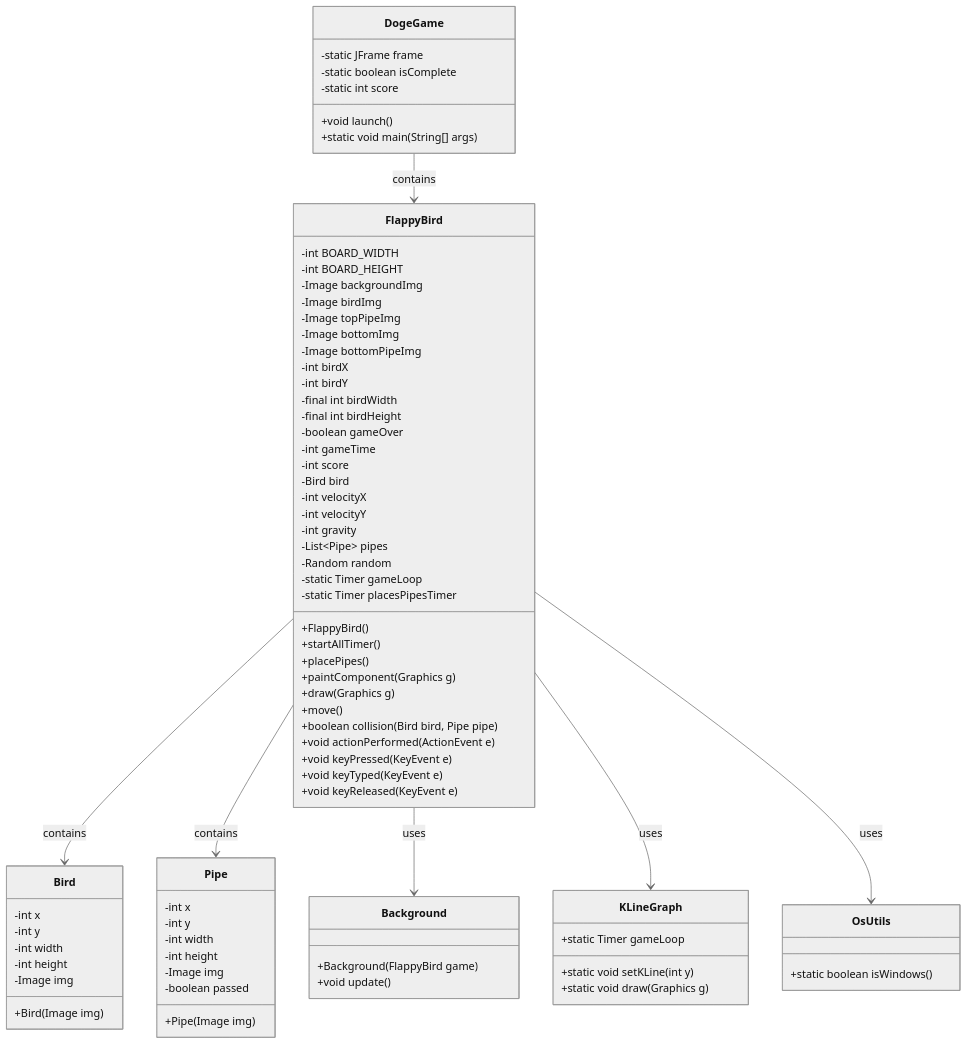
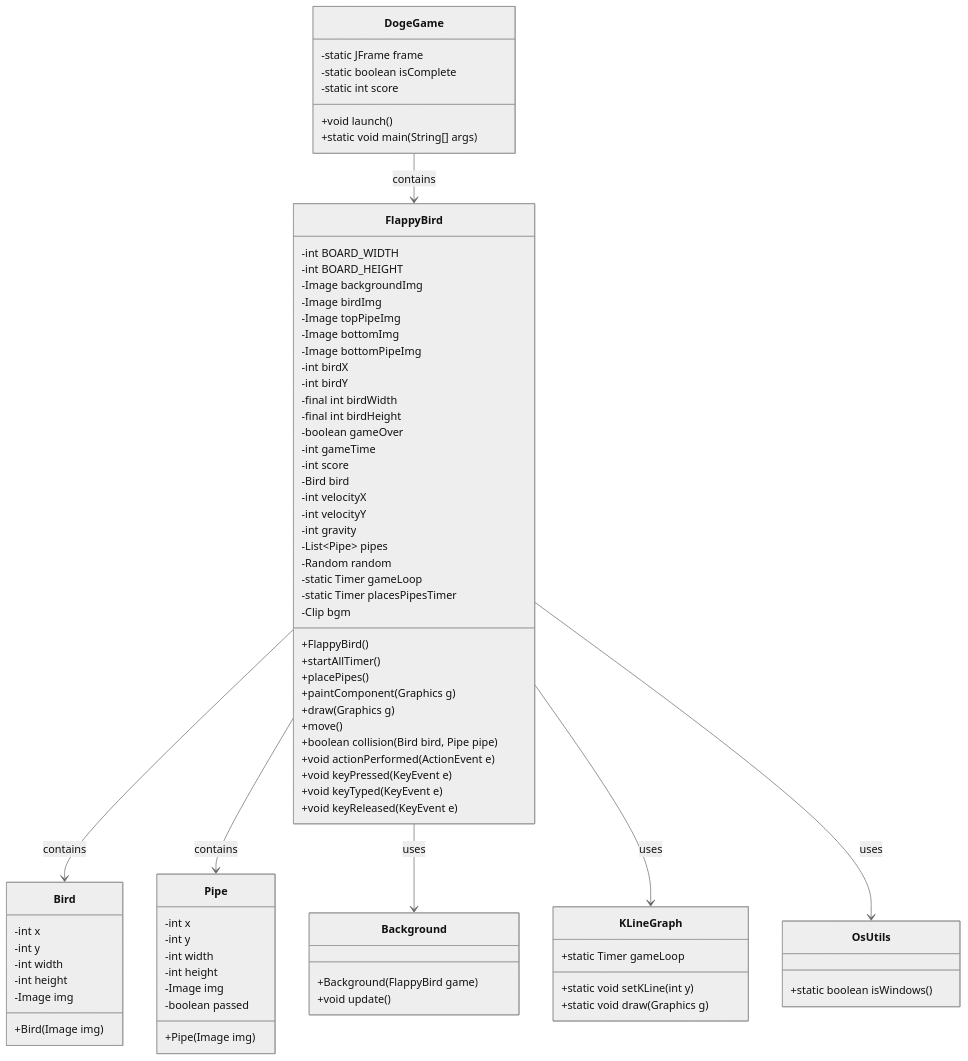
The fifth of 9 diagrams in README.MD (Seanachan/NCKU-PD2-Final_Project), drawn with Mermaid (neutral theme) before and after one commit. The commit also changed other lines of this file and 2 other files, not shown here.

```diff
--- a/README.MD
+++ b/README.MD
@@ -97,6 +167,7 @@
         -Random random
         -static Timer gameLoop
         -static Timer placesPipesTimer
+        -Clip bgm
         +FlappyBird()
         +startAllTimer()
         +placePipes()
```
